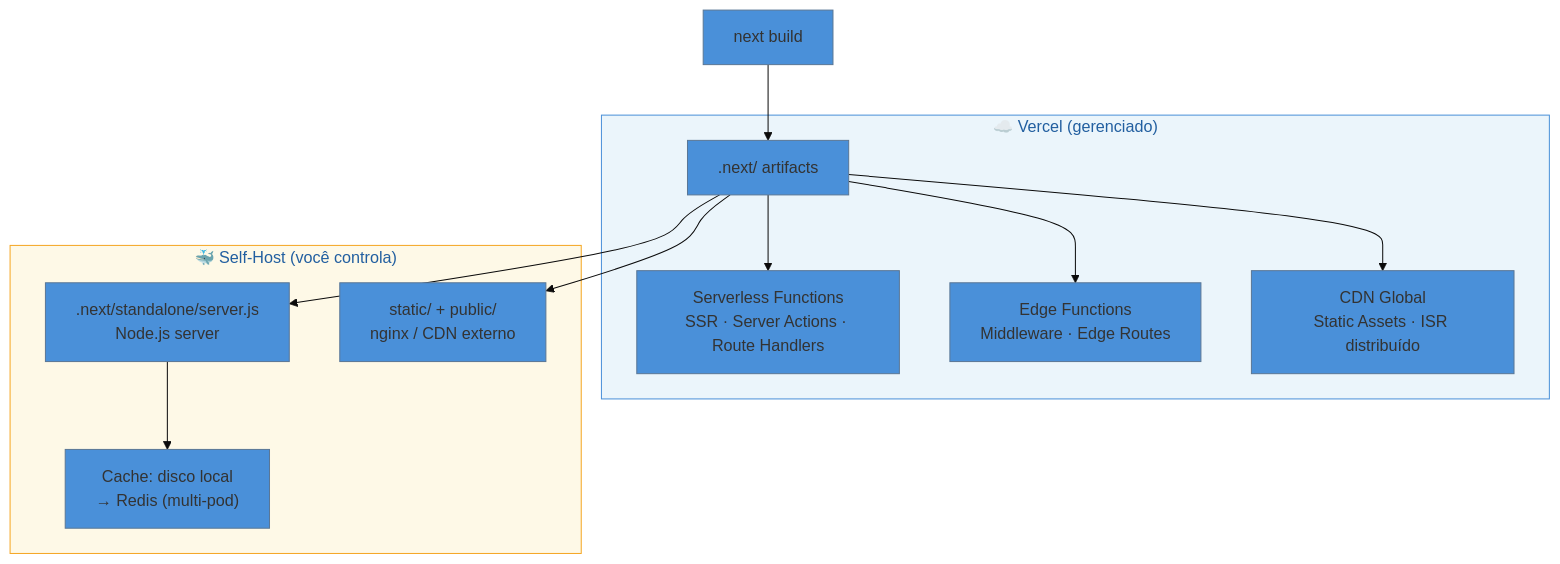
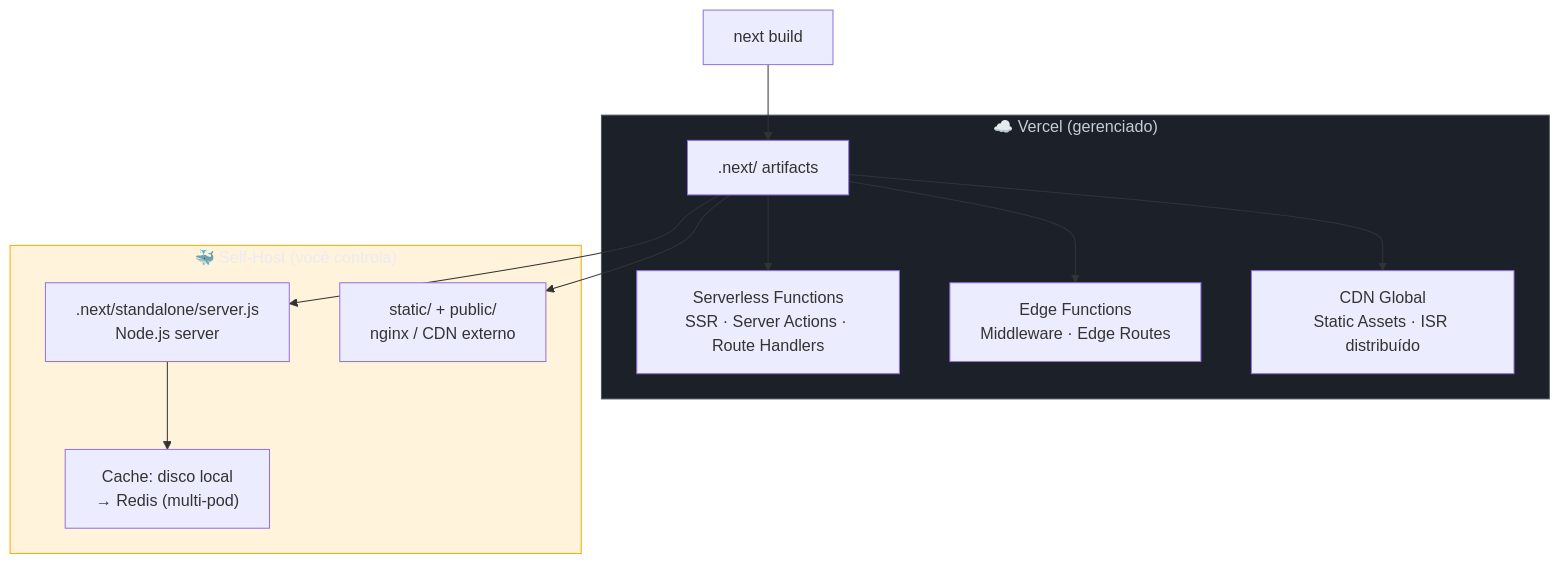
The diagram in 03-Dominios/Tecnologia/React/Next.js/15 - Deploy - Vercel e self-host.md (josenaldo/codex-technomanticus), drawn with Mermaid before and after one commit. The commit also changed 1181 other files, not shown here.

First line of the commit message:
fix(diagramas): paleta do sistema no lugar de cor cravada no markdown

````diff
--- a/03-Dominios/Tecnologia/React/Next.js/15 - Deploy - Vercel e self-host.md
+++ b/03-Dominios/Tecnologia/React/Next.js/15 - Deploy - Vercel e self-host.md
@@ -33,20 +33,21 @@
 ```mermaid
-%%{init: {"theme": "base", "themeVariables": {"primaryColor": "#4A90D9", "edgeLabelBackground": "#fff"}}}%%
 graph TD
+    classDef neutro fill:#1B2029,stroke:#4E5666,color:#C6CCD8
+    classDef destaque fill:#FFAA0024,stroke:#FFAA00,color:#E9ECF2
     A["next build"] --> B[".next/ artifacts"]
 
     subgraph Vercel["☁️ Vercel (gerenciado)"]
         B --> C["Serverless Functions\nSSR · Server Actions · Route Handlers"]
         B --> D["Edge Functions\nMiddleware · Edge Routes"]
         B --> E["CDN Global\nStatic Assets · ISR distribuído"]
     end
 
     subgraph SelfHost["🐳 Self-Host (você controla)"]
         B --> F[".next/standalone/server.js\nNode.js server"]
         B --> G["static/ + public/\nnginx / CDN externo"]
         F --> H["Cache: disco local\n→ Redis (multi-pod)"]
     end
 
-    style Vercel fill:#EBF5FB,stroke:#4A90D9
-    style SelfHost fill:#FEF9E7,stroke:#F5A623
+    class Vercel neutro
+    class SelfHost destaque
 ```
````
